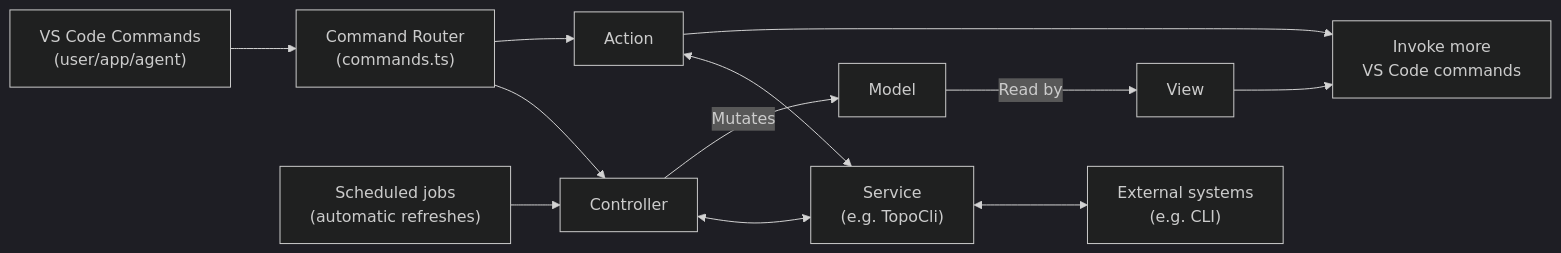
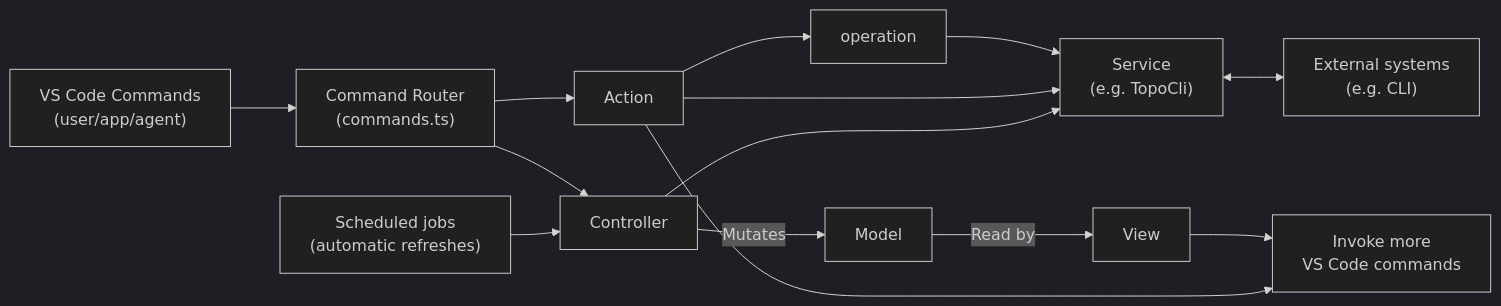
The diagram in docs/architecture.md (arm/vscode-topo), drawn with Mermaid (dark theme) before and after one commit. The commit also changed other lines of this file and 13 other files, not shown here.

````diff
--- a/docs/architecture.md
+++ b/docs/architecture.md
@@ -9,18 +9,20 @@
 ```mermaid
 flowchart LR
     vscode["VS Code Commands<br/>(user/app/agent)"] --> router["Command Router<br/>(commands.ts)"]
     scheduled["Scheduled jobs<br/>(automatic refreshes)"] --> controller
 
     router --> controller["Controller"]
     router --> action["Action"]
 
-    controller <--> service["Service<br/>(e.g. TopoCli)"]
-    action <--> service
+    controller --> service["Service<br/>(e.g. TopoCli)"]
+    action --> service
+    action --> operation
+    operation --> service
     service <--> outsideWorld["External systems<br/>(e.g. CLI)"]
 
     controller -->|Mutates| model["Model"]
     model -->|Read by| view["View"]
 
     action --> command["Invoke more<br/>VS Code commands"]
     view --> command
 ```
````
